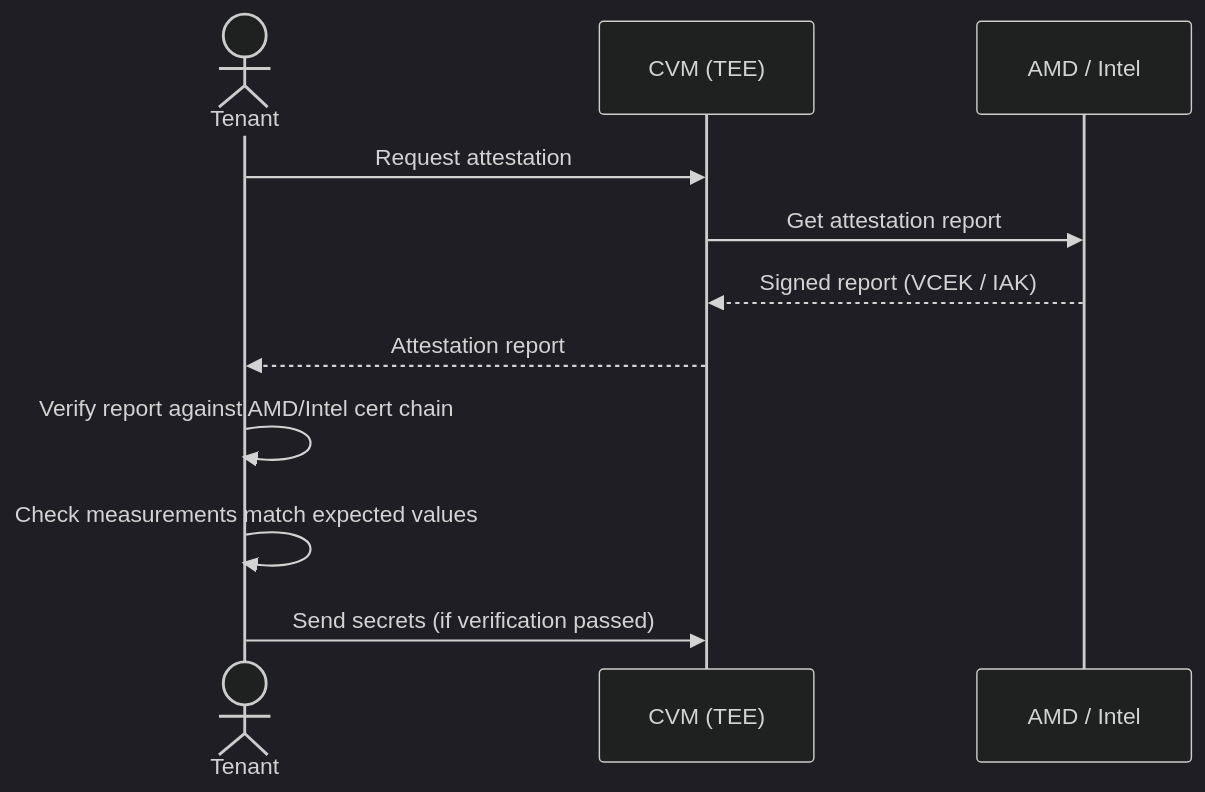
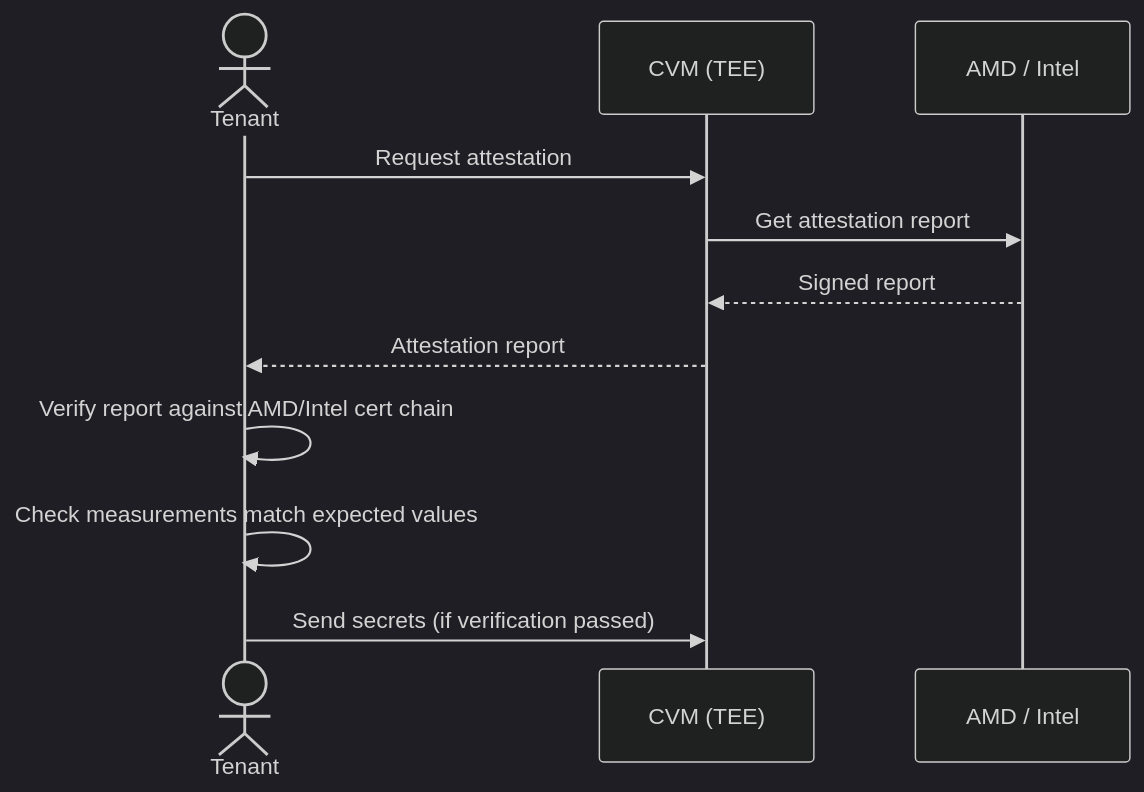
Before and after one commit to confidential-devhub/cc-book: the second of 2 diagrams in book/chapters/07_confidential_vms.md, drawn with Mermaid (dark theme). The commit also changed other lines of this file and 17 other files, not shown here.

````diff
--- a/book/chapters/07_confidential_vms.md
+++ b/book/chapters/07_confidential_vms.md
@@ -132,14 +136,14 @@
 ```{mermaid}
 sequenceDiagram
     actor Tenant
     participant CVM as CVM (TEE)
     participant HW as AMD / Intel
 
     Tenant->>CVM: Request attestation
     CVM->>HW: Get attestation report
-    HW-->>CVM: Signed report (VCEK / IAK)
+    HW-->>CVM: Signed report
     CVM-->>Tenant: Attestation report
     Tenant->>Tenant: Verify report against AMD/Intel cert chain
     Tenant->>Tenant: Check measurements match expected values
     Tenant->>CVM: Send secrets (if verification passed)
 ```
````
